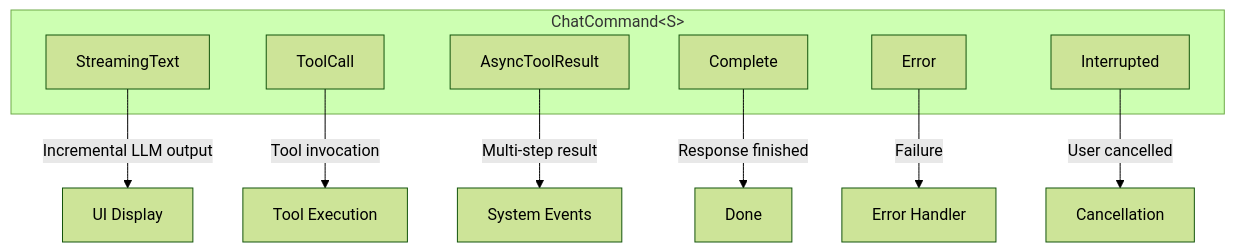
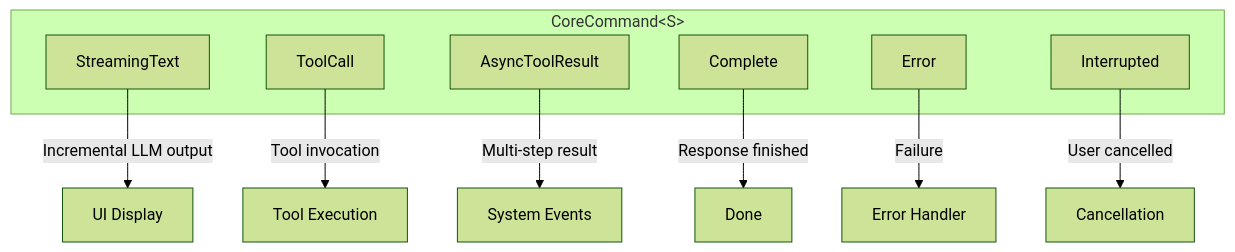
Before and after one commit to aomi-labs/product-mono: the third of 4 diagrams in docs/SDK.md, drawn with Mermaid (forest theme). The commit also changed other lines of this file and 32 other files, not shown here.

````diff
--- a/docs/SDK.md
+++ b/docs/SDK.md
@@ -228,18 +228,18 @@
 ```mermaid
 flowchart TD
-    subgraph "ChatCommand&lt;S&gt;"
+    subgraph "CoreCommand&lt;S&gt;"
         ST[StreamingText]
         TC[ToolCall]
         ATR[AsyncToolResult]
         COMP[Complete]
         ERR[Error]
         INT[Interrupted]
     end
 
     ST -->|"Incremental LLM output"| UI[UI Display]
     TC -->|"Tool invocation"| TOOL[Tool Execution]
     ATR -->|"Multi-step result"| SYS[System Events]
     COMP -->|"Response finished"| DONE[Done]
     ERR -->|"Failure"| HANDLE[Error Handler]
     INT -->|"User cancelled"| CANCEL[Cancellation]
 ```
````
